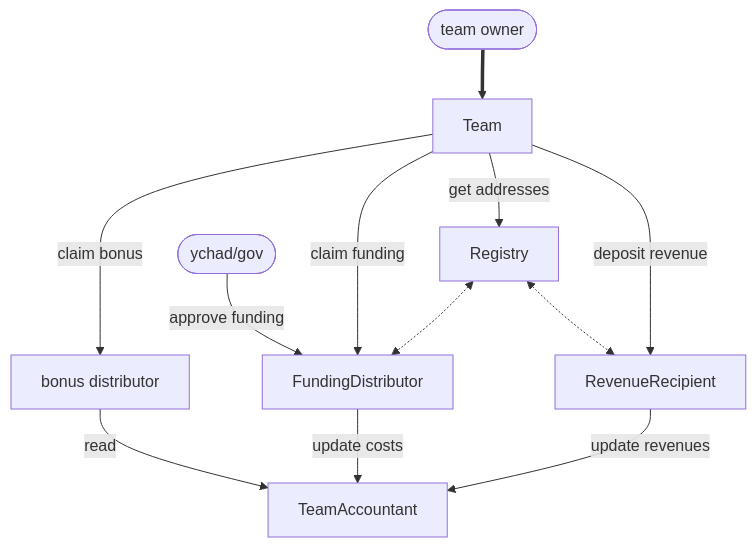
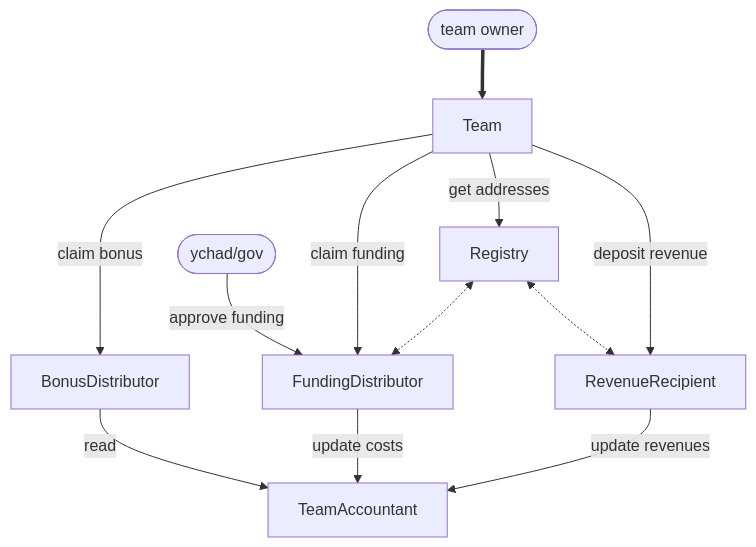
One commit to yearn/stYFI changed the second of 2 diagrams in README.md. Above: the diagram before and after it, drawn with Mermaid.

Commit message:
Fix naming in flowchart

````diff
--- a/README.md
+++ b/README.md
@@ -149,24 +149,24 @@
 ```mermaid
 flowchart TD
     O([team owner])
     A[Team]
     B[Registry]
     C[RevenueRecipient]
     D[FundingDistributor]
     E[TeamAccountant]
     F([ychad/gov])
-    G[bonus distributor]
+    G[BonusDistributor]
 
     O ==> A
     A --> |deposit revenue| C
     A --> |get addresses| B
     A --> |claim funding| D
     A --> |claim bonus| G
     G --> |read| E
     B <-.-> C
     B <-.-> D
     F --> |approve funding| D
 
     C --> |update revenues| E
     D --> |update costs| E
 ```
````
